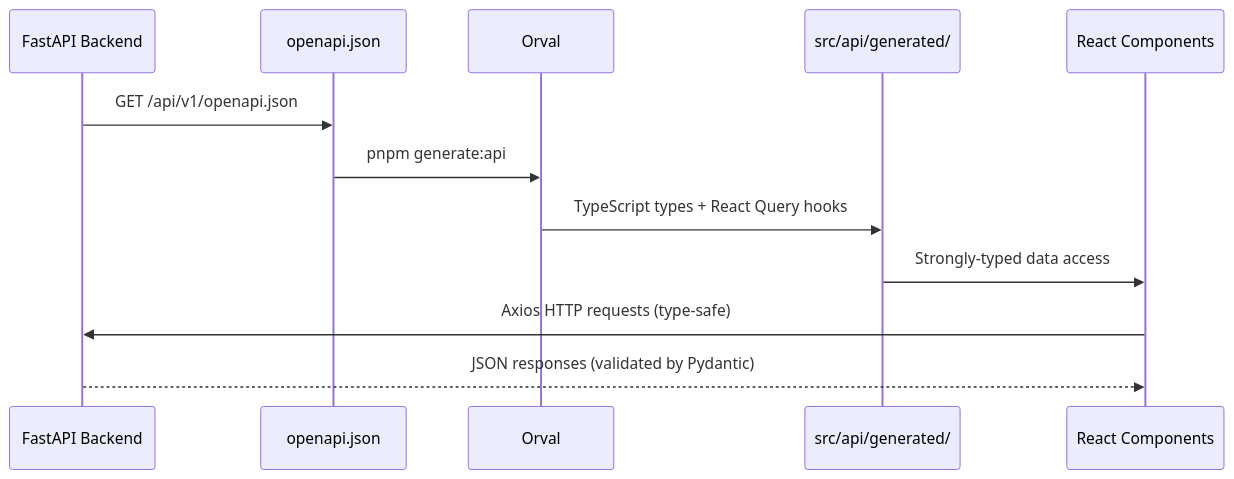
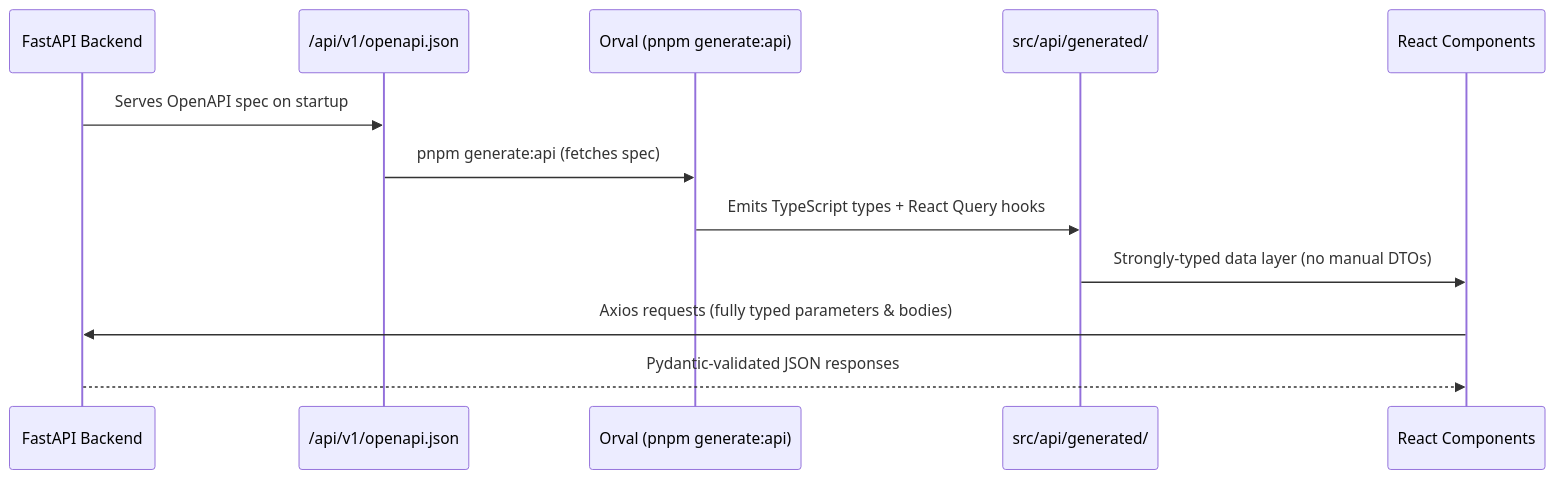
The fourth of 5 diagrams in README.md (onurcatik/mythforge), drawn with Mermaid before and after one commit. The commit also changed other lines of this file, not shown here.

Commit message:
docs: professional market-ready README with Mermaid diagrams and roadmap

````diff
--- a/README.md
+++ b/README.md
@@ -130,15 +193,15 @@
 ```mermaid
 sequenceDiagram
-    participant BE as FastAPI Backend
-    participant OP as openapi.json
-    participant OR as Orval
+    participant BE  as FastAPI Backend
+    participant OA  as /api/v1/openapi.json
+    participant OV  as Orval (pnpm generate:api)
     participant GEN as src/api/generated/
-    participant UI as React Components
+    participant UI  as React Components
 
-    BE->>OP: GET /api/v1/openapi.json
-    OP->>OR: pnpm generate:api
-    OR->>GEN: TypeScript types + React Query hooks
-    GEN->>UI: Strongly-typed data access
-    UI->>BE: Axios HTTP requests (type-safe)
-    BE-->>UI: JSON responses (validated by Pydantic)
+    BE  ->> OA  : Serves OpenAPI spec on startup
+    OA  ->> OV  : pnpm generate:api (fetches spec)
+    OV  ->> GEN : Emits TypeScript types + React Query hooks
+    GEN ->> UI  : Strongly-typed data layer (no manual DTOs)
+    UI  ->> BE  : Axios requests (fully typed parameters & bodies)
+    BE -->> UI  : Pydantic-validated JSON responses
 ```
````
